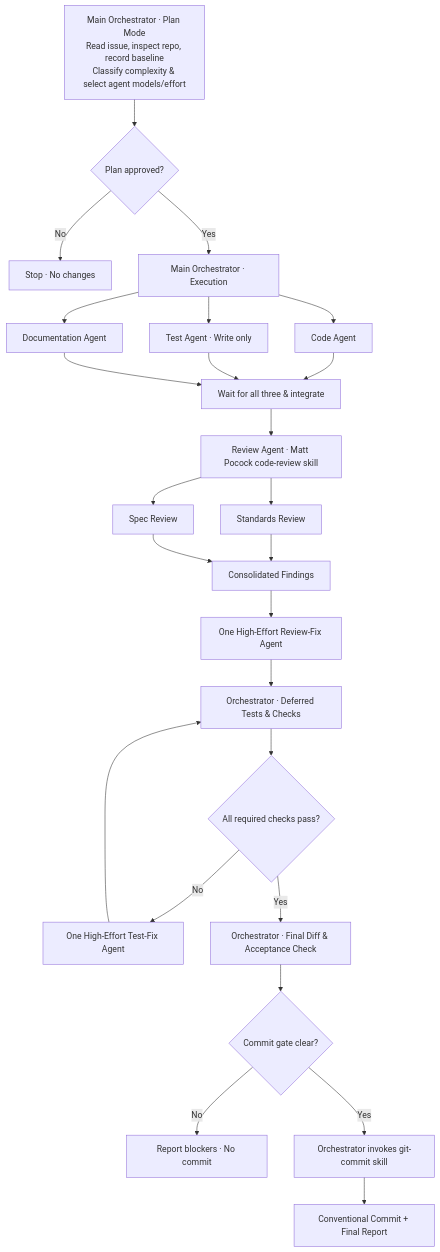
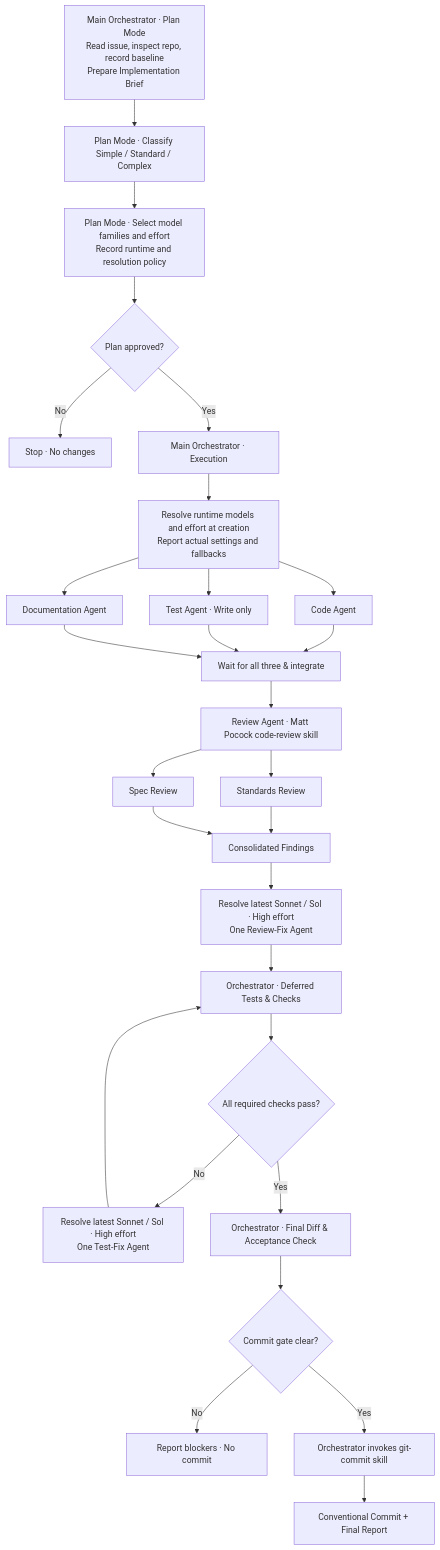
Before and after one commit to plfiorini/agents: the diagram in skills/github-issue-workflow/README.md, drawn with Mermaid. The commit also changed other lines of this file and 3 other files, not shown here.

First line of the commit message:
feat(github-issue-workflow): resolve agent models dynamically

````diff
--- a/skills/github-issue-workflow/README.md
+++ b/skills/github-issue-workflow/README.md
@@ -15,27 +15,30 @@
 ```mermaid
 flowchart TD
-    P[Main Orchestrator · Plan Mode<br/>Read issue, inspect repo, record baseline<br/>Classify complexity & select agent models/effort] --> A{Plan approved?}
+    P[Main Orchestrator · Plan Mode<br/>Read issue, inspect repo, record baseline<br/>Prepare Implementation Brief] --> PC[Plan Mode · Classify Simple / Standard / Complex]
+    PC --> PM[Plan Mode · Select model families and effort<br/>Record runtime and resolution policy]
+    PM --> A{Plan approved?}
     A -- No --> STOP[Stop · No changes]
     A -- Yes --> B[Main Orchestrator · Execution]
-    B --> C[Code Agent]
-    B --> T[Test Agent · Write only]
-    B --> D[Documentation Agent]
+    B --> L[Resolve runtime models and effort at creation<br/>Report actual settings and fallbacks]
+    L --> C[Code Agent]
+    L --> T[Test Agent · Write only]
+    L --> D[Documentation Agent]
     C --> J[Wait for all three & integrate]
     T --> J
     D --> J
     J --> R[Review Agent · Matt Pocock code-review skill]
     R --> S[Standards Review]
     R --> X[Spec Review]
     S --> M[Consolidated Findings]
     X --> M
-    M --> F[One High-Effort Review-Fix Agent]
+    M --> F[Resolve latest Sonnet / Sol · High effort<br/>One Review-Fix Agent]
     F --> V[Orchestrator · Deferred Tests & Checks]
     V --> G{All required checks pass?}
-    G -- No --> H[One High-Effort Test-Fix Agent]
+    G -- No --> H[Resolve latest Sonnet / Sol · High effort<br/>One Test-Fix Agent]
     H --> V
     G -- Yes --> K[Orchestrator · Final Diff & Acceptance Check]
     K --> Q{Commit gate clear?}
     Q -- No --> N[Report blockers · No commit]
     Q -- Yes --> I[Orchestrator invokes git-commit skill]
     I --> Z[Conventional Commit + Final Report]
 ```
````
